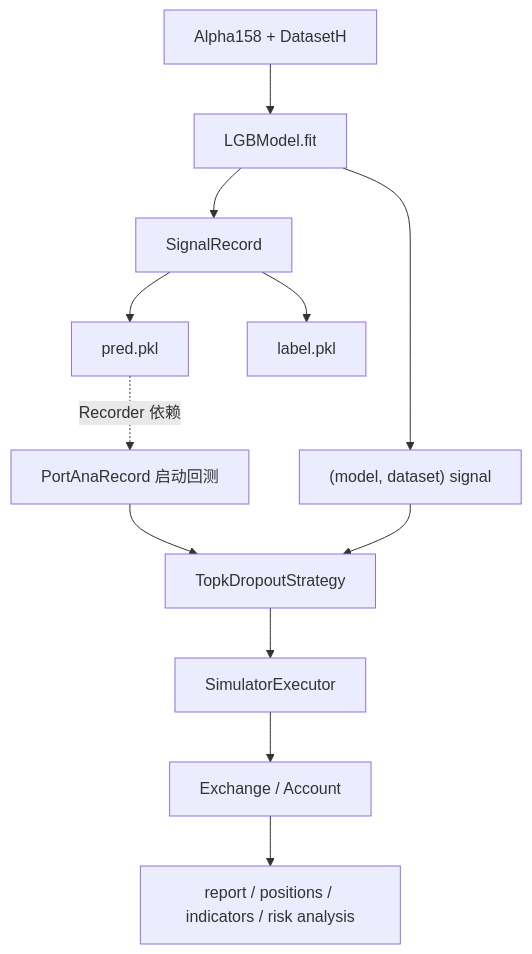
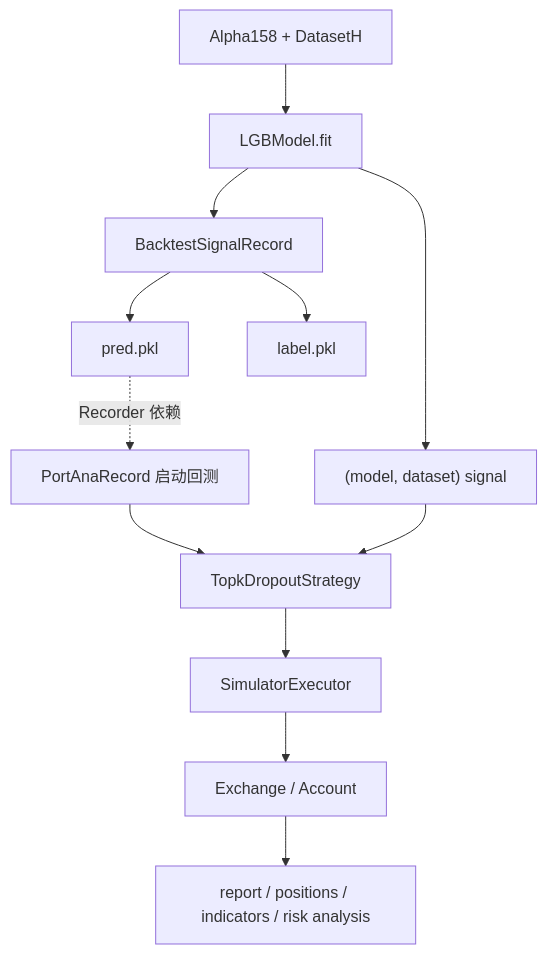
One commit to mindandhand/finance-llm-apps-roadmap changed the first of 2 diagrams in qlib-demos/12-native-backtest-architecture/README.md. Above: the diagram before and after it, drawn with Mermaid. The commit also changed other lines of this file and 53 other files, not shown here.

````diff
--- a/qlib-demos/12-native-backtest-architecture/README.md
+++ b/qlib-demos/12-native-backtest-architecture/README.md
@@ -11,14 +11,14 @@
 ```mermaid
 graph TD
     A["Alpha158 + DatasetH"] --> B["LGBModel.fit"]
-    B --> C["SignalRecord"]
+    B --> C["BacktestSignalRecord"]
     C --> D["pred.pkl"]
     C --> E["label.pkl"]
     B --> F["(model, dataset) signal"]
     D -. "Recorder 依赖" .-> G["PortAnaRecord 启动回测"]
     G --> H["TopkDropoutStrategy"]
     F --> H
     H --> I["SimulatorExecutor"]
     I --> J["Exchange / Account"]
     J --> K["report / positions / indicators / risk analysis"]
 ```
````
